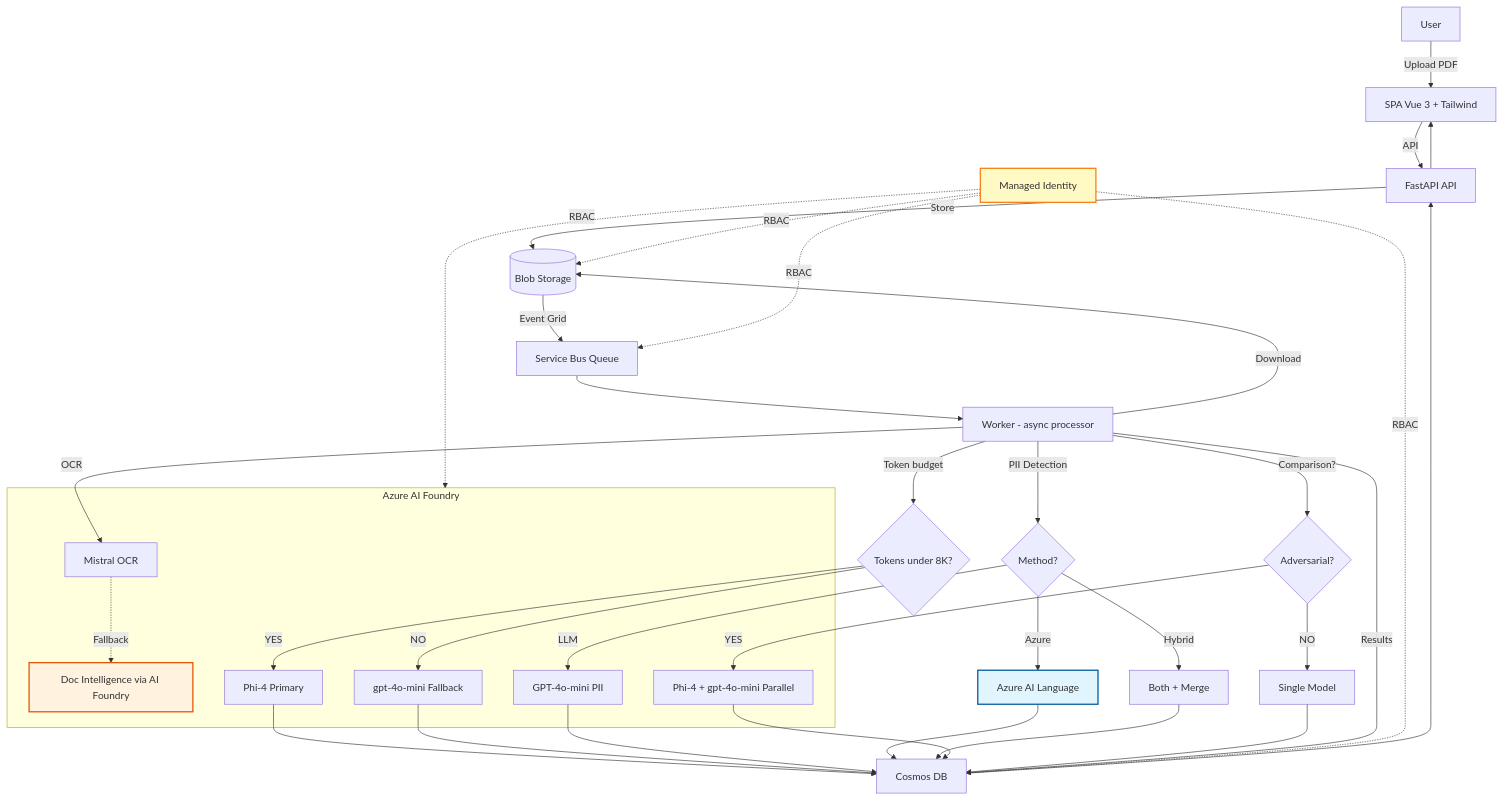
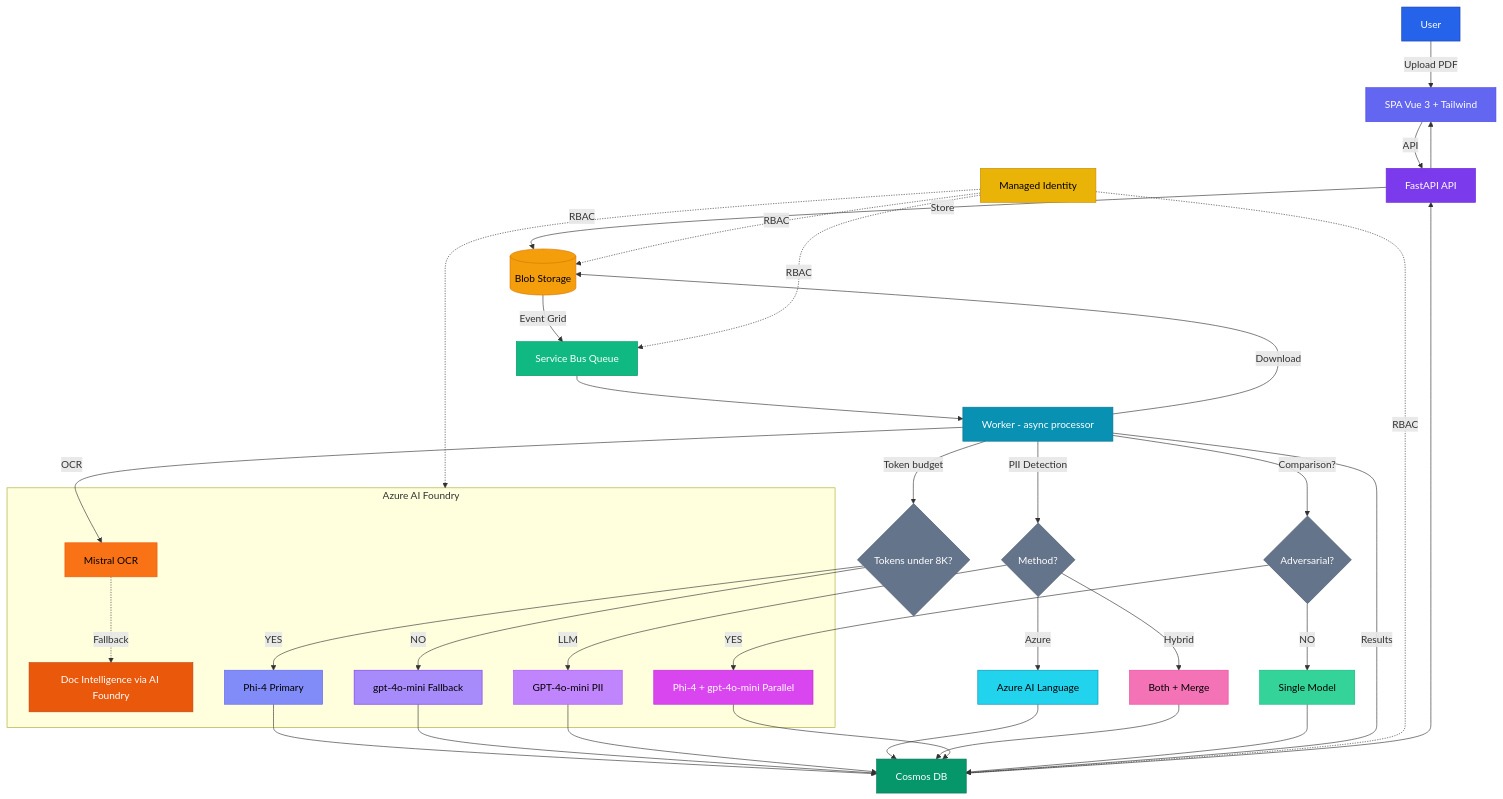
One commit to olivMertens/ClassyMail changed the diagram in README.md. Above: the diagram before and after it, drawn with Mermaid. The commit also changed 9 other files, not shown here.

````diff
--- a/README.md
+++ b/README.md
@@ -31,56 +31,73 @@
 ```mermaid
 flowchart TD
     user[User] -->|Upload PDF| ui["SPA Vue 3 + Tailwind"]
     ui -->|API| api["FastAPI API"]
 
     api -->|Store| blob[(Blob Storage)]
     blob -->|Event Grid| sbq["Service Bus Queue"]
     sbq --> worker["Worker - async processor"]
 
     worker -->|Download| blob
     worker -->|OCR| ocr["Mistral OCR"]
     ocr -.->|Fallback| di["Doc Intelligence via AI Foundry"]
 
     worker -->|Token budget| tokencheck{"Tokens under 8K?"}
     tokencheck -->|YES| phi4["Phi-4 Primary"]
     tokencheck -->|NO| gpt["gpt-4o-mini Fallback"]
 
     worker -->|PII Detection| piicheck{"Method?"}
     piicheck -->|LLM| gpt_pii["GPT-4o-mini PII"]
     piicheck -->|Azure| lang["Azure AI Language"]
     piicheck -->|Hybrid| both["Both + Merge"]
 
     worker -->|Comparison?| compcheck{"Adversarial?"}
     compcheck -->|YES| dual["Phi-4 + gpt-4o-mini Parallel"]
     compcheck -->|NO| primary["Single Model"]
 
     phi4 --> cosmos
     gpt --> cosmos
     gpt_pii --> cosmos
     lang --> cosmos
     both --> cosmos
     dual --> cosmos
     primary --> cosmos
     worker -->|Results| cosmos["Cosmos DB"]
 
     cosmos --> api
     api --> ui
 
     subgraph AIFoundry ["Azure AI Foundry"]
         ocr
         di
         phi4
         gpt
         gpt_pii
         dual
     end
 
     mi["Managed Identity"] -.->|RBAC| blob
     mi -.->|RBAC| sbq
     mi -.->|RBAC| cosmos
     mi -.->|RBAC| AIFoundry
 
-    style mi fill:#fff9c4,stroke:#f57f17,stroke-width:2px
-    style lang fill:#e1f5fe,stroke:#01579b,stroke-width:2px
-    style di fill:#fff3e0,stroke:#e65100,stroke-width:2px
+    style user fill:#2563eb,stroke:#1e40af,color:#fff
+    style ui fill:#6366f1,stroke:#4f46e5,color:#fff
+    style api fill:#7c3aed,stroke:#6d28d9,color:#fff
+    style blob fill:#f59e0b,stroke:#d97706,color:#000
+    style sbq fill:#10b981,stroke:#059669,color:#fff
+    style worker fill:#0891b2,stroke:#0e7490,color:#fff
+    style ocr fill:#f97316,stroke:#ea580c,color:#000
+    style di fill:#ea580c,stroke:#c2410c,color:#fff
+    style tokencheck fill:#64748b,stroke:#475569,color:#fff
+    style phi4 fill:#818cf8,stroke:#6366f1,color:#000
+    style gpt fill:#a78bfa,stroke:#7c3aed,color:#000
+    style piicheck fill:#64748b,stroke:#475569,color:#fff
+    style gpt_pii fill:#c084fc,stroke:#a855f7,color:#000
+    style lang fill:#22d3ee,stroke:#0891b2,color:#000
+    style both fill:#f472b6,stroke:#ec4899,color:#000
+    style compcheck fill:#64748b,stroke:#475569,color:#fff
+    style dual fill:#d946ef,stroke:#c026d3,color:#fff
+    style primary fill:#34d399,stroke:#10b981,color:#000
+    style cosmos fill:#059669,stroke:#047857,color:#fff
+    style mi fill:#eab308,stroke:#ca8a04,color:#000
 ```
````
